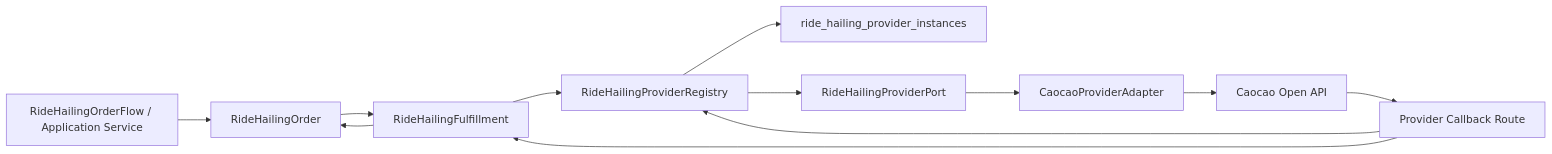
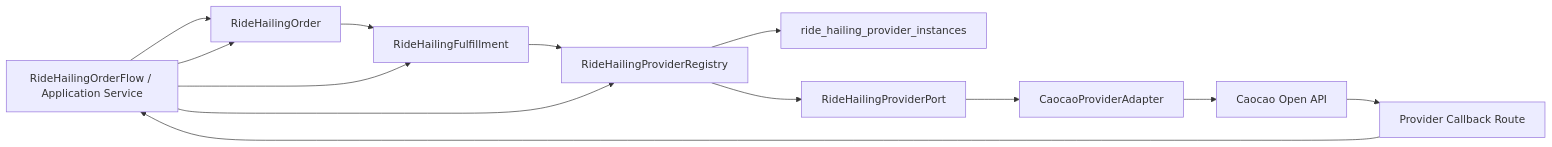
One commit to partner-up-dev/app changed the diagram in tasks/issue-231-ecommerce-mvp/phase5-ride-hailing/30-fulfillment-provider-topology.md. Above: the diagram before and after it, drawn with Mermaid. The commit also changed other lines of this file and 68 other files, not shown here.

````diff
--- a/tasks/issue-231-ecommerce-mvp/phase5-ride-hailing/30-fulfillment-provider-topology.md
+++ b/tasks/issue-231-ecommerce-mvp/phase5-ride-hailing/30-fulfillment-provider-topology.md
@@ -47,24 +59,25 @@
 ```mermaid
 flowchart LR
   RHOF["RideHailingOrderFlow / Application Service"]
   RHO["RideHailingOrder"]
   RHF["RideHailingFulfillment"]
   Registry["RideHailingProviderRegistry"]
   Instance["ride_hailing_provider_instances"]
   Port["RideHailingProviderPort"]
   Caocao["CaocaoProviderAdapter"]
   API["Caocao Open API"]
   Callback["Provider Callback Route"]
 
   RHOF --> RHO
   RHO --> RHF
   RHF --> Registry
   Registry --> Instance
   Registry --> Port
   Port --> Caocao
   Caocao --> API
   API --> Callback
-  Callback --> Registry
-  Callback --> RHF
-  RHF --> RHO
+  Callback --> RHOF
+  RHOF --> Registry
+  RHOF --> RHF
+  RHOF --> RHO
 ```
````
